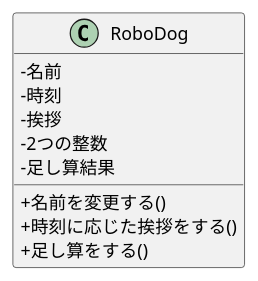
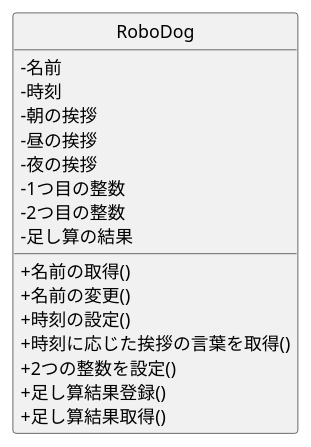
The diagram in 06_robo_dog/class.pu (ogatasyuto/ohara_uml), drawn with PlantUML before and after one commit. The commit also changed 32 other files, not shown here.

```diff
--- a/06_robo_dog/class.pu
+++ b/06_robo_dog/class.pu
@@ -1,16 +1,24 @@
-@startuml
+@startuml Robodogクラス図
 skinparam classAttributeIconSize 0
+hide circle
+
 class RoboDog {
- '属性   
- - 名前
- - 時刻
- - 挨拶
- - 2つの整数
- - 足し算結果
- '操作
- + 名前を変更する()
- + 時刻に応じた挨拶をする()
- + 足し算をする()
+ -名前
+ -時刻
+ -朝の挨拶
+ -昼の挨拶
+ -夜の挨拶
+ -1つ目の整数
+ -2つ目の整数
+ -足し算の結果
+
+ +名前の取得()
+ +名前の変更()
+ +時刻の設定()
+ +時刻に応じた挨拶の言葉を取得()
+ +2つの整数を設定()
+ +足し算結果登録()
+ +足し算結果取得()
 }
 
 @enduml
```
